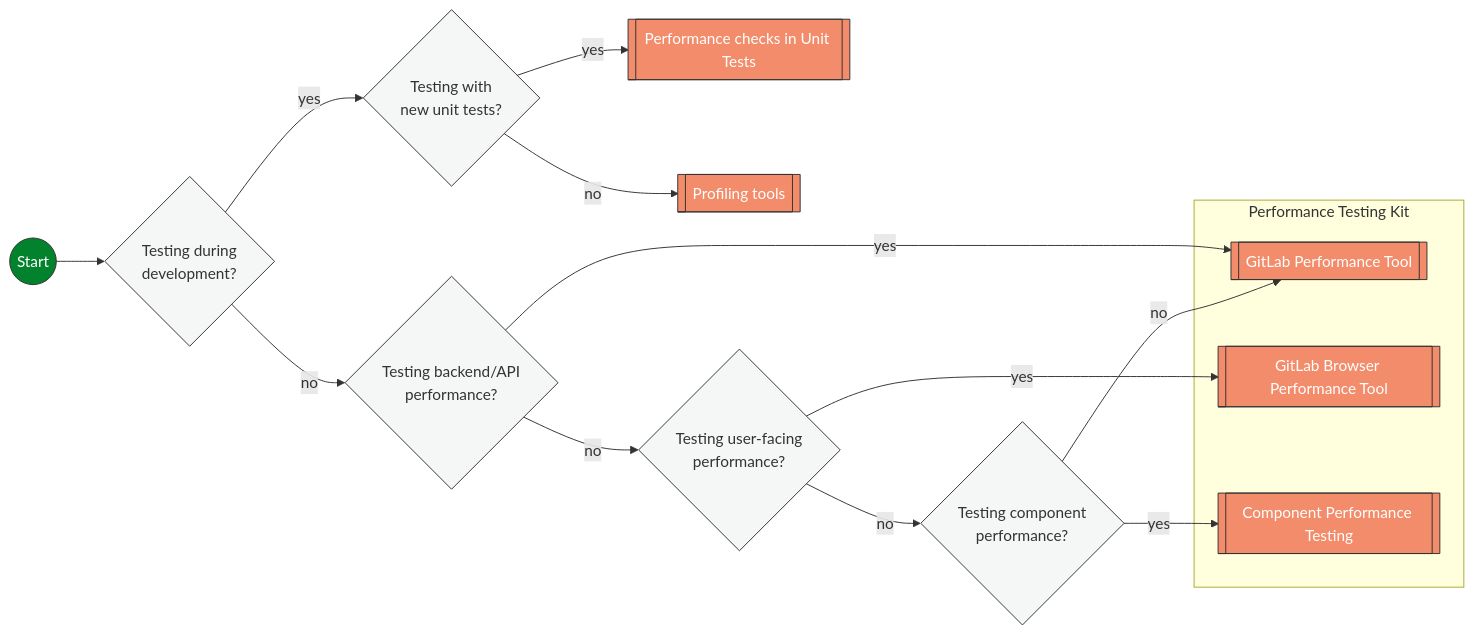
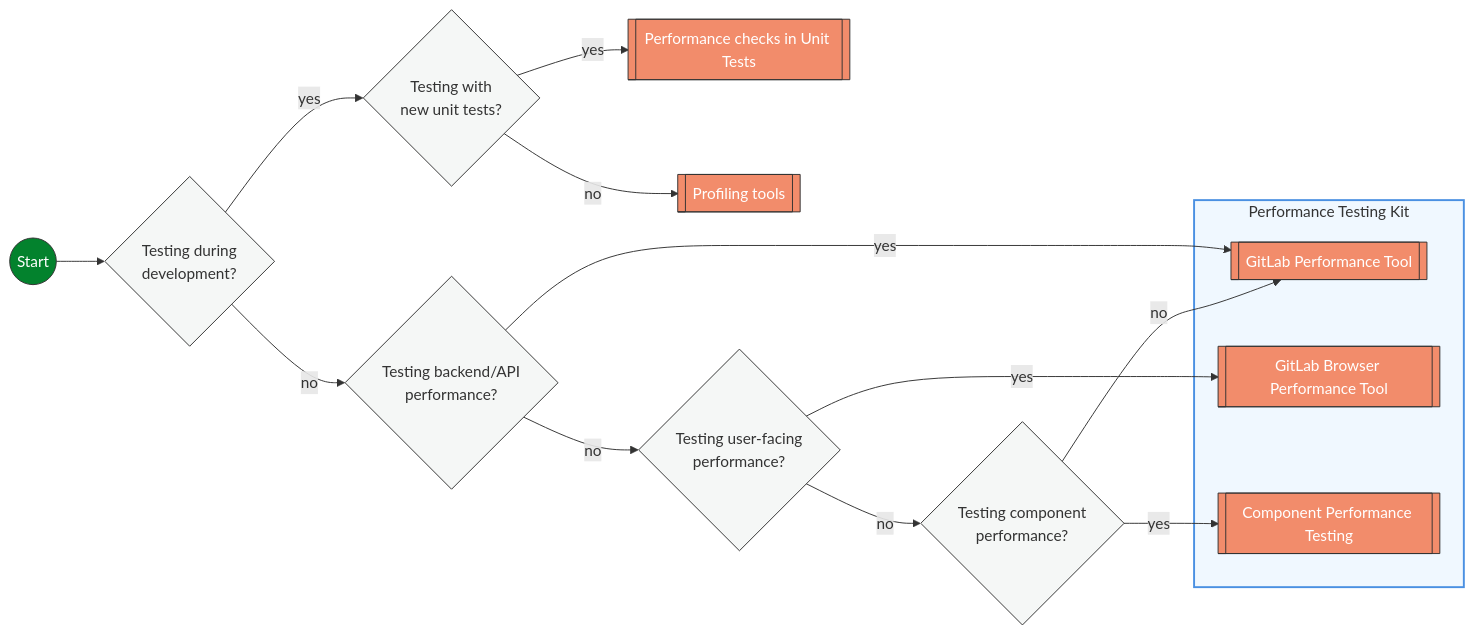
One commit to zalyoung/gitlab-handbook changed the diagram in content/handbook/engineering/testing/performance.md. Above: the diagram before and after it, drawn with Mermaid.

Commit message:
Refining graph styling

````diff
--- a/content/handbook/engineering/testing/performance.md
+++ b/content/handbook/engineering/testing/performance.md
@@ -9,58 +9,60 @@
 ```mermaid
 flowchart LR
-  subgraph "Performance Testing Kit"
+  subgraph PTK["Performance Testing Kit"]
     GPT[[GitLab Performance Tool]]
     GBPT[[GitLab Browser Performance Tool]]
     CPT[[Component Performance Testing]]
   end
 
   START((Start))
   UNIT[[Performance checks in Unit Tests]]
   PROFILE[[Profiling tools]]
 
   SPECS{Testing with\nnew unit tests?}
   BUILT{Testing during\ndevelopment?}
   UI{Testing user-facing\nperformance?}
   ENV{Testing backend/API\nperformance?}
   COMPONENT{Testing component\nperformance?}
 
   START --> BUILT
   BUILT -- no --> ENV
   BUILT -- yes --> SPECS
   SPECS -- yes --> UNIT
   SPECS -- no --> PROFILE
 
   UI -- yes --> GBPT
   UI -- no --> COMPONENT
 
   COMPONENT -- yes --> CPT
   COMPONENT -- no --> GPT
 
   ENV -- yes --> GPT
   ENV -- no --> UI
 
   %% Class definition
   classDef decision fill:#f5f7f6,stroke:#333,stroke-width:1px,rx:5px;
   classDef tool fill:#F28C6B,stroke:#333,stroke-width:1px,color:white,rx:5px;
   classDef start fill:#03822d,stroke:#333,stroke-width:1px,color:white,rx:10px;
+  classDef kitStyle fill:#f0f8ff,stroke:#4a90e2,stroke-width:2px,color:#333;
 
   class UI,ENV,BUILT,COMPONENT,SPECS decision;
   class GBPT,CPT,GPT,PROFILE,UNIT tool;
   class START start;
+  class PTK kitStyle;
 
   %% Tool tooltips with links
   click GPT "#system-level-load-testing" "GitLab Performance Tool - Load testing for GitLab instances and reference architectures"
   click GBPT "#client-side-performance-testing" "Browser performance testing using SiteSpeed.io to measure user-facing performance"
   click CPT "#component-performance-testing" "Load testing for specific subsystems or components like Gitaly"
   click PROFILE "#profiling-tools" "Ruby profiling tools: ruby-prof, stackprof, memory_profiler, rbspy, and others"
 
   %% Decision node tooltips
   click BUILT "javascript:void(0)" "Is the code/feature still under active development? Use early-stage performance tools if yes."
   click SPECS "javascript:void(0)" "Are you writing new test specifications or adding performance assertions to existing tests?"
   click UI "javascript:void(0)" "Are you primarily testing user-facing performance like page load times and UI responsiveness?"
   click ENV "javascript:void(0)" "Are you testing server-side performance like API response times, database queries, or system throughput?"
   click COMPONENT "javascript:void(0)" "Are you testing an isolated component or subsystem rather than the full GitLab application?"
 
   %% Unit testing tooltip
   click UNIT "javascript:void(0)" "Add performance assertions and benchmarks directly within your unit test suite for fast feedback"
 ```
````
